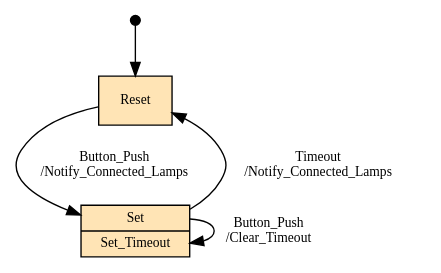
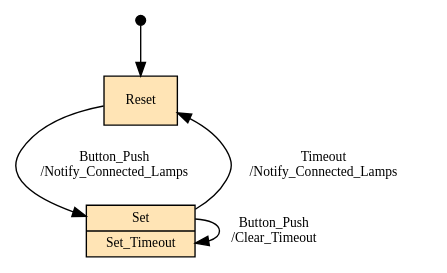
The diagram in House_Management.images/House_Management.Timed_Button.state.dot (simonjwright/coldframe), drawn with Graphviz before and after one commit. The commit also changed other lines of this file and 47 other files, not shown here.

```diff
--- a/House_Management.images/House_Management.Timed_Button.state.dot
+++ b/House_Management.images/House_Management.Timed_Button.state.dot
@@ -1,13 +1,13 @@
 
       digraph {
       edge [fontsize=10];
       node [shape=record, style=filled, fillcolor=moccasin, fontsize=10];
       Initial[shape=point, fillcolor=black, width=0.1];
 Reset[label="{Reset}"];
 Set[label="{Set|Set_Timeout}"];
 Initial->Reset;
+Set->Set[label="Button_Push    \n/Clear_Timeout    "];
+Set->Reset[label="Timeout    \n/Notify_Connected_Lamps    "];
 Reset->Set[label="Button_Push    \n/Notify_Connected_Lamps    "];
-Set->Reset[label="Timeout    \n/Notify_Connected_Lamps    "];
-Set->Set[label="Button_Push    \n/Clear_Timeout    "];
 
       }
```
